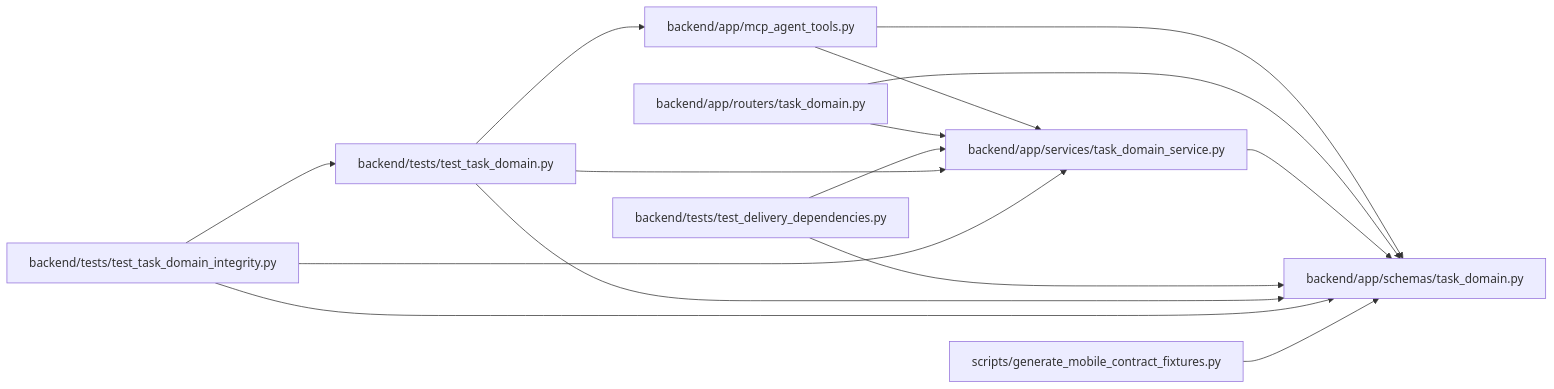
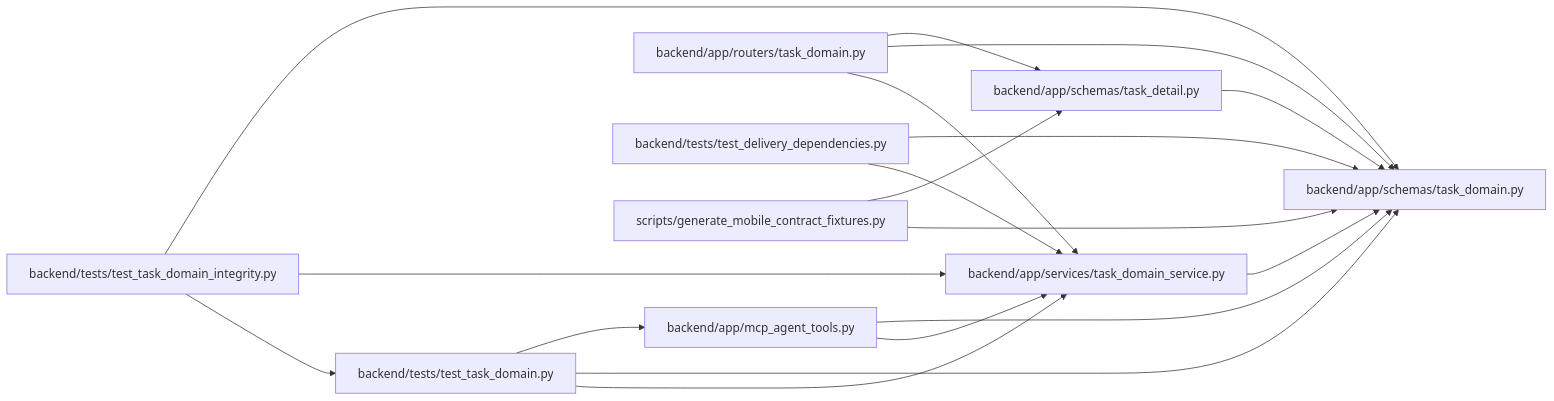
The diagram in docs/llm_wiki/modules/schemas_task_domain.md (Denissvgn/WorkChord), drawn with Mermaid before and after one commit. The commit also changed other lines of this file and 371 other files, not shown here.

````diff
--- a/docs/llm_wiki/modules/schemas_task_domain.md
+++ b/docs/llm_wiki/modules/schemas_task_domain.md
@@ -19,33 +19,38 @@
 ```mermaid
 flowchart LR
     n0["backend/app/mcp_agent_tools.py"]
     n1["backend/app/routers/task_domain.py"]
-    n2["backend/app/schemas/task_domain.py"]
-    n3["backend/app/services/task_domain_service.py"]
-    n4["backend/tests/test_delivery_dependencies.py"]
-    n5["backend/tests/test_task_domain.py"]
-    n6["backend/tests/test_task_domain_integrity.py"]
-    n7["scripts/generate_mobile_contract_fixtures.py"]
-    n0 --> n2
+    n2["backend/app/schemas/task_detail.py"]
+    n3["backend/app/schemas/task_domain.py"]
+    n4["backend/app/services/task_domain_service.py"]
+    n5["backend/tests/test_delivery_dependencies.py"]
+    n6["backend/tests/test_task_domain.py"]
+    n7["backend/tests/test_task_domain_integrity.py"]
+    n8["scripts/generate_mobile_contract_fixtures.py"]
     n0 --> n3
+    n0 --> n4
     n1 --> n2
     n1 --> n3
-    n3 --> n2
-    n4 --> n2
+    n1 --> n4
+    n2 --> n3
     n4 --> n3
-    n5 --> n0
-    n5 --> n2
     n5 --> n3
-    n6 --> n2
+    n5 --> n4
+    n6 --> n0
     n6 --> n3
-    n6 --> n5
-    n7 --> n2
+    n6 --> n4
+    n7 --> n3
+    n7 --> n4
+    n7 --> n6
+    n8 --> n2
+    n8 --> n3
     click n0 "../modules/mcp_agent_tools.md"
     click n1 "../modules/routers_task_domain.md"
-    click n2 "../modules/schemas_task_domain.md"
-    click n3 "../modules/task_domain_service.md"
-    click n4 "../modules/test_delivery_dependencies.md"
-    click n5 "../modules/test_task_domain.md"
-    click n6 "../modules/test_task_domain_integrity.md"
-    click n7 "../modules/generate_mobile_contract_fixtures.md"
+    click n2 "../modules/task_detail.md"
+    click n3 "../modules/schemas_task_domain.md"
+    click n4 "../modules/task_domain_service.md"
+    click n5 "../modules/test_delivery_dependencies.md"
+    click n6 "../modules/test_task_domain.md"
+    click n7 "../modules/test_task_domain_integrity.md"
+    click n8 "../modules/generate_mobile_contract_fixtures.md"
 ```
````
